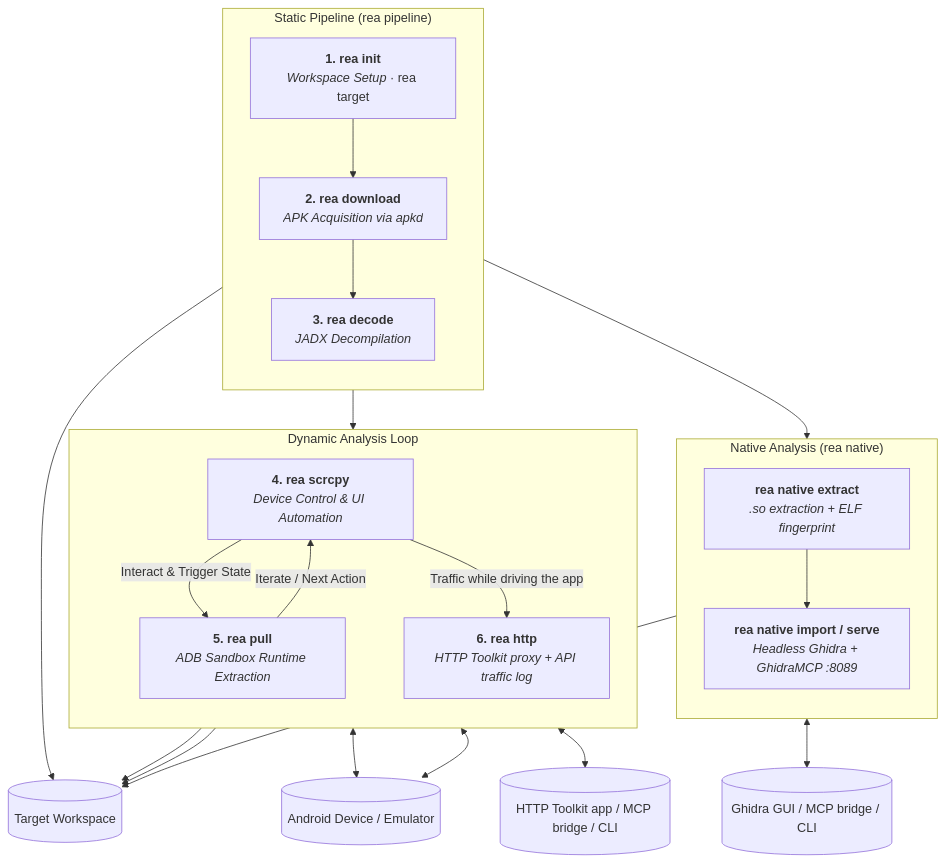
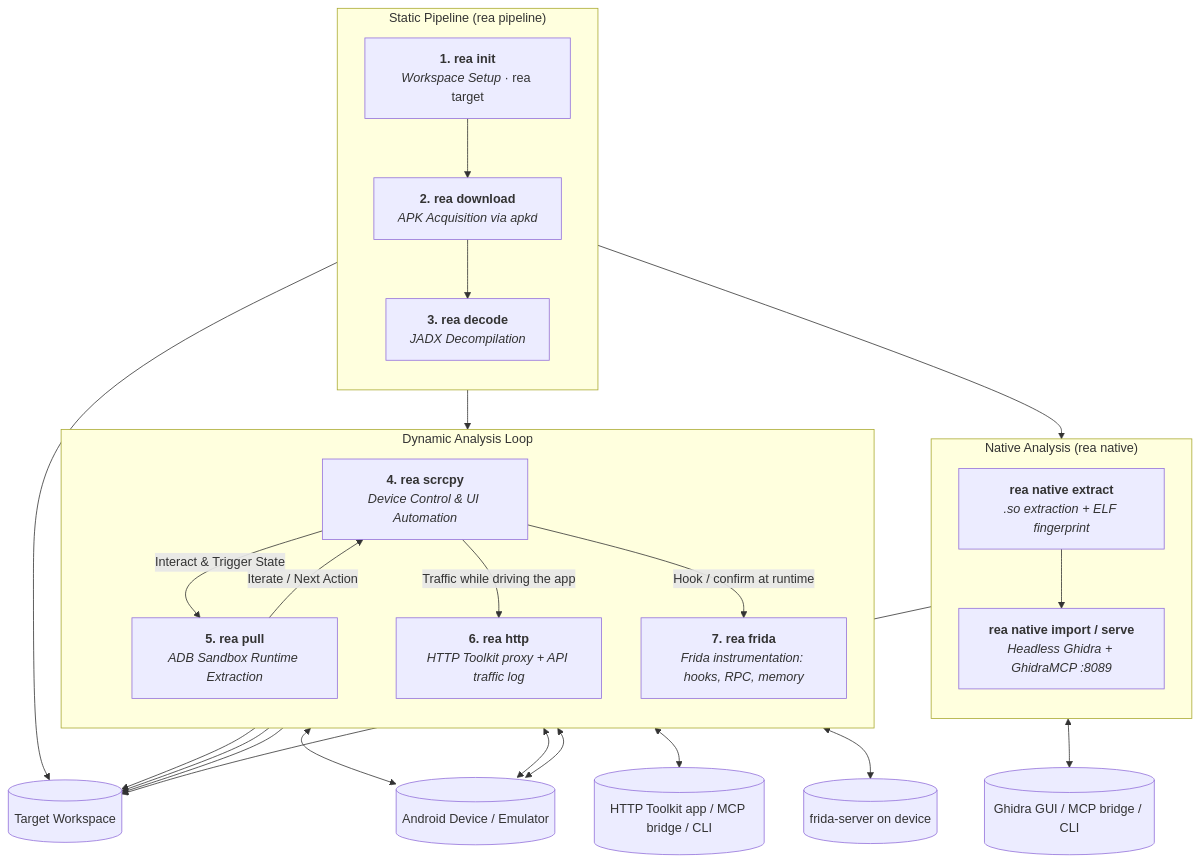
One commit to impeterwayne/REAKit changed the diagram in README.md. Above: the diagram before and after it, drawn with Mermaid. The commit also changed other lines of this file and 133 other files, not shown here.

Commit message:
feat: add Frida integration for dynamic runtime instrumentation

````diff
--- a/README.md
+++ b/README.md
@@ -76,40 +76,45 @@
 ```mermaid
 flowchart TD
     subgraph Static ["Static Pipeline (rea pipeline)"]
         direction TB
         S1["<b>1. rea init</b><br/><i>Workspace Setup</i> · rea target"]
         S2["<b>2. rea download</b><br/><i>APK Acquisition via apkd</i>"]
         S3["<b>3. rea decode</b><br/><i>JADX Decompilation</i>"]
         S1 --> S2 --> S3
     end
 
     subgraph Native ["Native Analysis (rea native)"]
         direction TB
         N1["<b>rea native extract</b><br/><i>.so extraction + ELF fingerprint</i>"]
         N2["<b>rea native import / serve</b><br/><i>Headless Ghidra + GhidraMCP :8089</i>"]
         N1 --> N2
     end
 
     subgraph Dynamic ["Dynamic Analysis Loop"]
         direction TB
         S4["<b>4. rea scrcpy</b><br/><i>Device Control & UI Automation</i>"]
         S5["<b>5. rea pull</b><br/><i>ADB Sandbox Runtime Extraction</i>"]
         S6["<b>6. rea http</b><br/><i>HTTP Toolkit proxy + API traffic log</i>"]
+        S7["<b>7. rea frida</b><br/><i>Frida instrumentation: hooks, RPC, memory</i>"]
 
         S4 -->|Interact & Trigger State| S5
         S5 -->|Iterate / Next Action| S4
         S4 -->|Traffic while driving the app| S6
+        S4 -->|Hook / confirm at runtime| S7
     end
 
     Static --> Native
     Static --> Dynamic
 
     Static --> WS[(Target Workspace)]
     Native --> WS
     S5 --> WS
     S6 --> WS
+    S7 --> WS
     S4 <--> DEV[(Android Device / Emulator)]
     S6 <--> DEV
+    S7 <--> DEV
     N2 <--> GH[(Ghidra GUI / MCP bridge / CLI)]
     S6 <--> HTK[(HTTP Toolkit app / MCP bridge / CLI)]
+    S7 <--> FR[(frida-server on device)]
 ```
````
